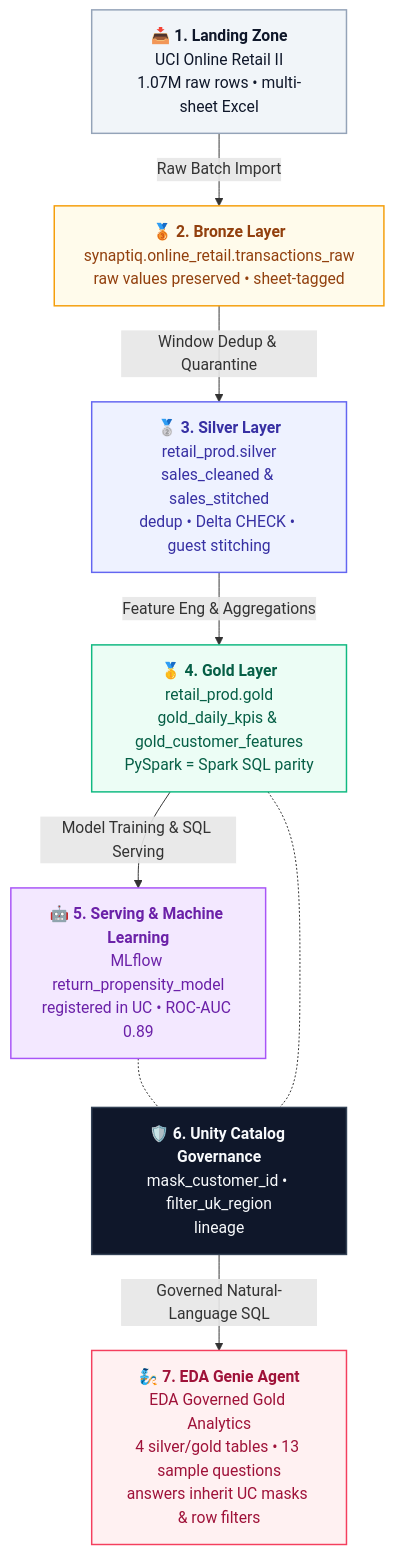
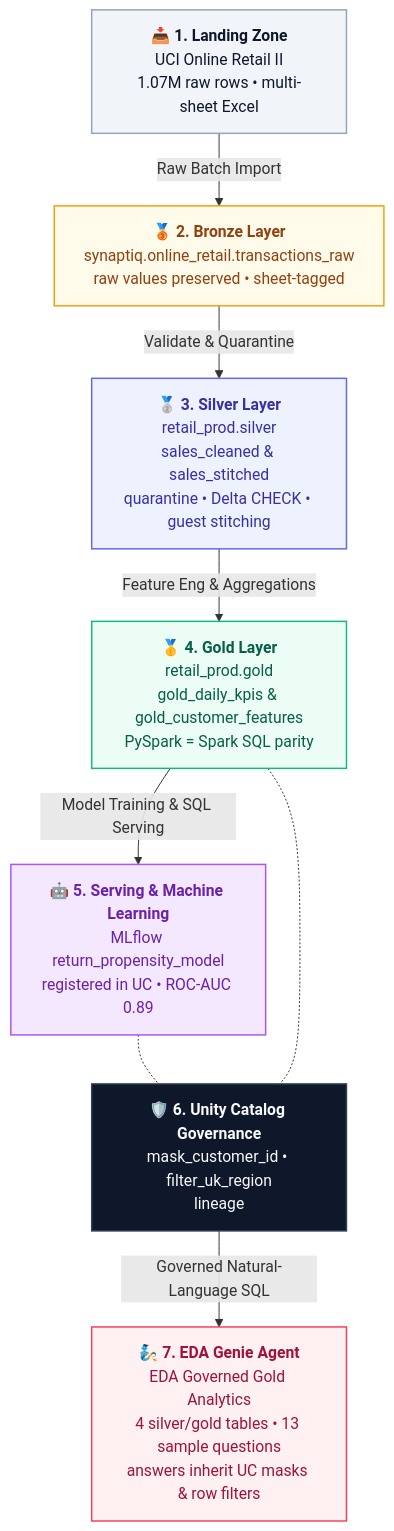
Before and after one commit to slysik/databricks-eda: the diagram in README.md, drawn with Mermaid. The commit also changed other lines of this file and 1 other file, not shown here.

First line of the commit message:
README: hero 'From Excel to Genie' flow image, scannable layout, badges

````diff
--- a/README.md
+++ b/README.md
@@ -46,34 +50,34 @@
 ```mermaid
 graph TD
     classDef source fill:#F1F5F9,stroke:#94A3B8,stroke-width:1.5px,color:#0F172A;
     classDef bronze fill:#FFFBEB,stroke:#F59E0B,stroke-width:1.5px,color:#92400E;
     classDef silver fill:#EEF2FF,stroke:#6366F1,stroke-width:1.5px,color:#3730A3;
     classDef gold fill:#ECFDF5,stroke:#10B981,stroke-width:1.5px,color:#065F46;
     classDef serving fill:#F3E8FF,stroke:#A855F7,stroke-width:1.5px,color:#6B21A8;
     classDef uc fill:#0F172A,stroke:#334155,stroke-width:1.5px,color:#F8FAFC;
     classDef genie fill:#FFF1F2,stroke:#F43F5E,stroke-width:1.5px,color:#9F1239;
 
     S["📥 <b>1. Landing Zone</b><br/>UCI Online Retail II<br/>1.07M raw rows • multi-sheet Excel"]
     B["🥉 <b>2. Bronze Layer</b><br/>synaptiq.online_retail.transactions_raw<br/>raw values preserved • sheet-tagged"]
-    SLV["🥈 <b>3. Silver Layer</b><br/>retail_prod.silver<br/>sales_cleaned & sales_stitched<br/>dedup • Delta CHECK • guest stitching"]
+    SLV["🥈 <b>3. Silver Layer</b><br/>retail_prod.silver<br/>sales_cleaned & sales_stitched<br/>quarantine • Delta CHECK • guest stitching"]
     G["🥇 <b>4. Gold Layer</b><br/>retail_prod.gold<br/>gold_daily_kpis & gold_customer_features<br/>PySpark = Spark SQL parity"]
     SRV["🤖 <b>5. Serving & Machine Learning</b><br/>MLflow return_propensity_model<br/>registered in UC • ROC-AUC 0.89"]
     UC["🛡️ <b>6. Unity Catalog Governance</b><br/>mask_customer_id • filter_uk_region<br/>lineage"]
     GN["🧞 <b>7. EDA Genie Agent</b><br/>EDA Governed Gold Analytics<br/>4 silver/gold tables • 13 sample questions<br/>answers inherit UC masks & row filters"]
 
     S -->|Raw Batch Import| B
-    B -->|Window Dedup & Quarantine| SLV
+    B -->|Validate & Quarantine| SLV
     SLV -->|Feature Eng & Aggregations| G
     G -->|Model Training & SQL Serving| SRV
     SRV -.- UC
     G -.- UC
     UC -->|Governed Natural-Language SQL| GN
 
     class S source;
     class B bronze;
     class SLV silver;
     class G gold;
     class SRV serving;
     class UC uc;
     class GN genie;
 ```
````
